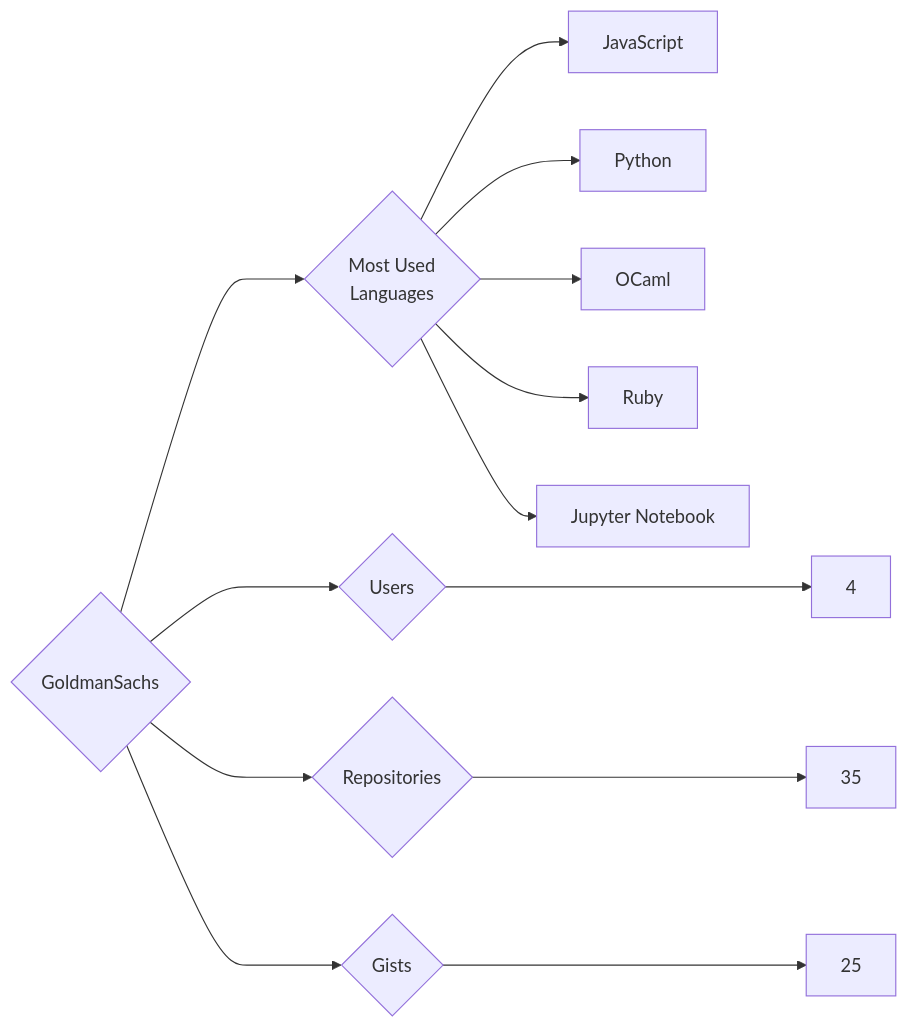
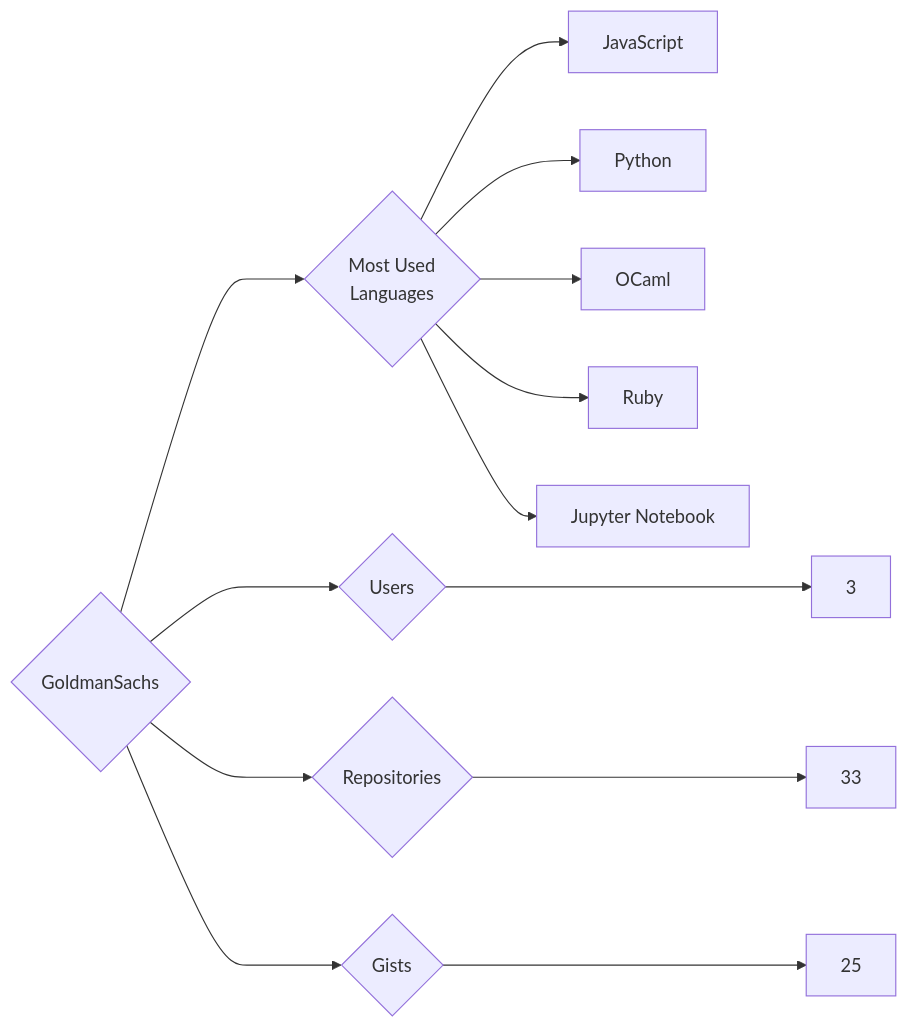
Before and after one commit to trickest/insiders: the diagram in targets/GoldmanSachs/README.md, drawn with Mermaid. The commit also changed 823 other files, not shown here.

````diff
--- a/targets/GoldmanSachs/README.md
+++ b/targets/GoldmanSachs/README.md
@@ -3,13 +3,13 @@
 ```mermaid
 graph LR
 COMPANY_NAME{GoldmanSachs}
-COMPANY_NAME ---> U{Users} ---> UN[4]
-COMPANY_NAME ---> R{Repositories} ---> RN[35]
+COMPANY_NAME ---> U{Users} ---> UN[3]
+COMPANY_NAME ---> R{Repositories} ---> RN[33]
 COMPANY_NAME ---> G{Gists} ---> GN[25]
 COMPANY_NAME ---> ML{Most Used<br>Languages}
 ML --> JavaScript[JavaScript]
 ML --> Python[Python]
 ML --> OCaml[OCaml]
 ML --> Ruby[Ruby]
 ML --> Jupyter_Notebook[Jupyter Notebook]
 ```
````
